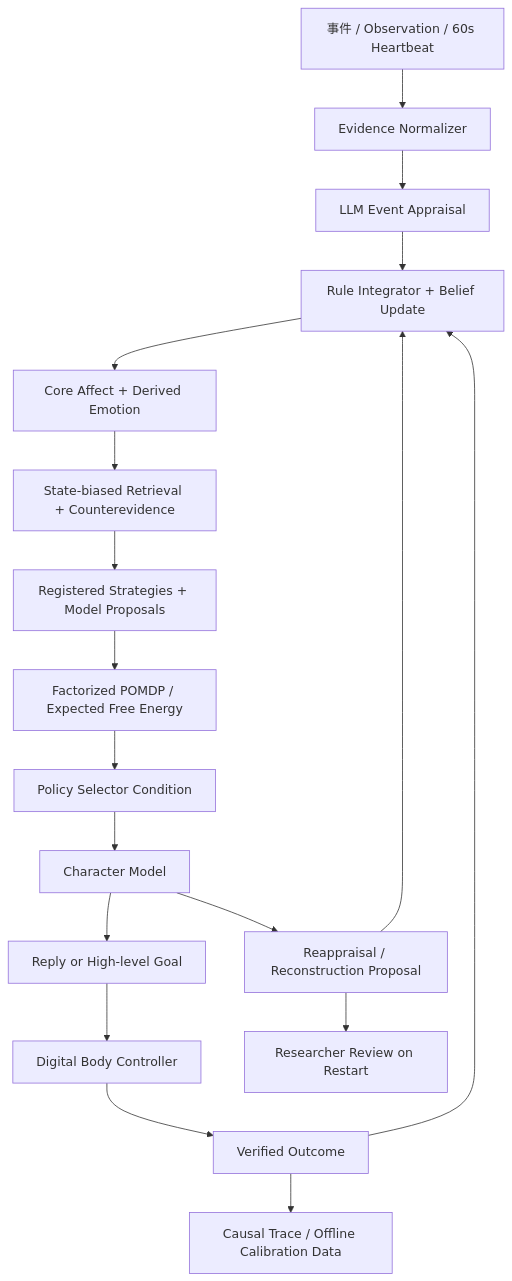
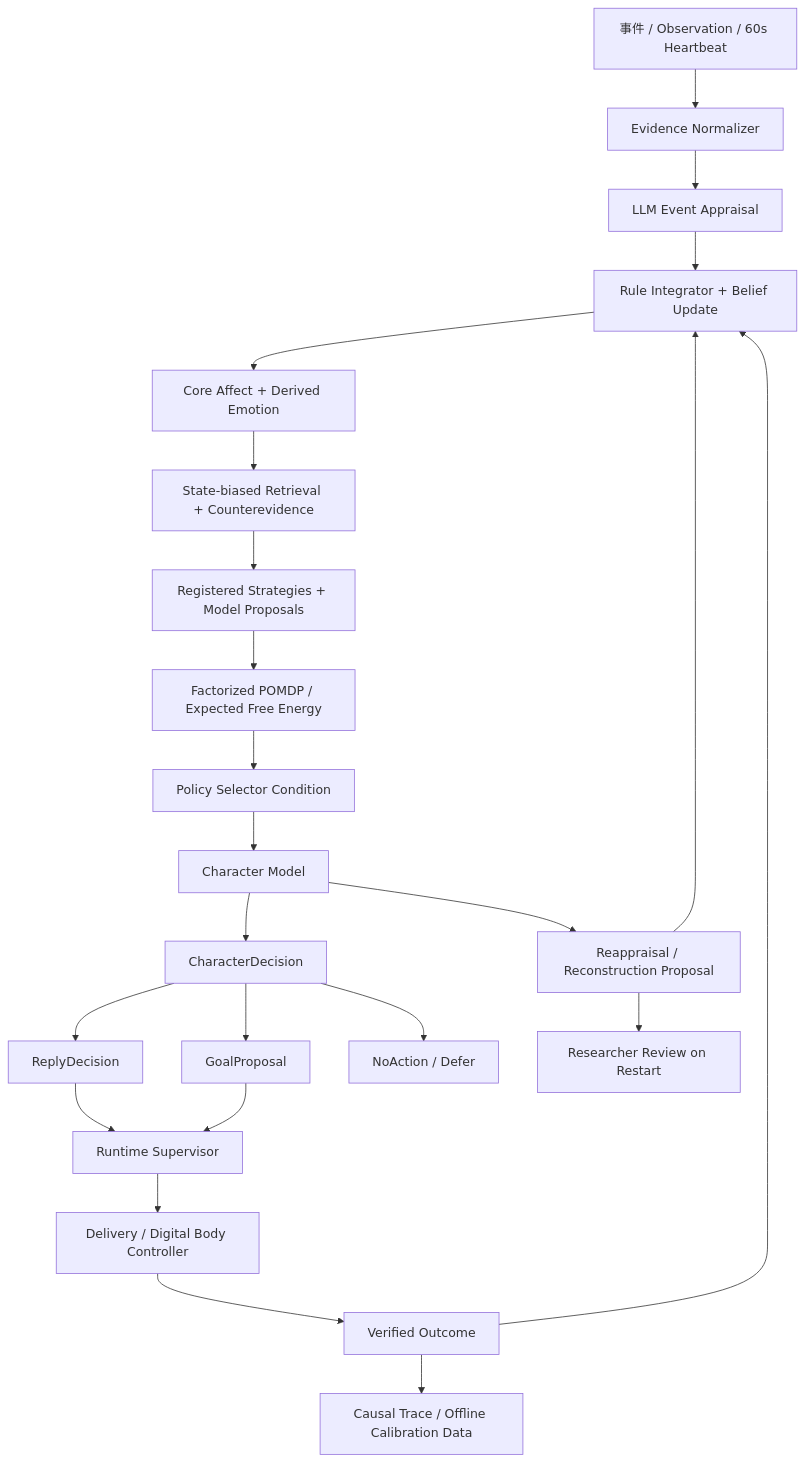
Before and after one commit to QiuYuAkiGO/NeuralCloud: the diagram in docs/harness/07-homeostatic-harness-research-design.md, drawn with Mermaid. The commit also changed other lines of this file and 63 other files, not shown here.

First line of the commit message:
落地 V2 Runtime Supervisor、内稳态引擎与 Windows 四进程开发拓扑。

````diff
--- a/docs/harness/07-homeostatic-harness-research-design.md
+++ b/docs/harness/07-homeostatic-harness-research-design.md
@@ -100,20 +103,25 @@
 ```mermaid
 flowchart TB
     trigger["事件 / Observation / 60s Heartbeat"] --> evidence["Evidence Normalizer"]
     evidence --> appraisal["LLM Event Appraisal"]
     appraisal --> belief["Rule Integrator + Belief Update"]
     belief --> affect["Core Affect + Derived Emotion"]
     affect --> retrieval["State-biased Retrieval + Counterevidence"]
     retrieval --> proposals["Registered Strategies + Model Proposals"]
     proposals --> aif["Factorized POMDP / Expected Free Energy"]
     aif --> selector["Policy Selector Condition"]
     selector --> character["Character Model"]
-    character --> goal["Reply or High-level Goal"]
-    goal --> controller["Digital Body Controller"]
+    character --> decision["CharacterDecision"]
+    decision --> reply["ReplyDecision"]
+    decision --> goal["GoalProposal"]
+    decision --> defer["NoAction / Defer"]
+    reply --> runtime["Runtime Supervisor"]
+    goal --> runtime
+    runtime --> controller["Delivery / Digital Body Controller"]
     controller --> outcome["Verified Outcome"]
     outcome --> belief
     outcome --> trace["Causal Trace / Offline Calibration Data"]
     character --> reconstruct["Reappraisal / Reconstruction Proposal"]
     reconstruct --> belief
     reconstruct --> review["Researcher Review on Restart"]
 ```
````
